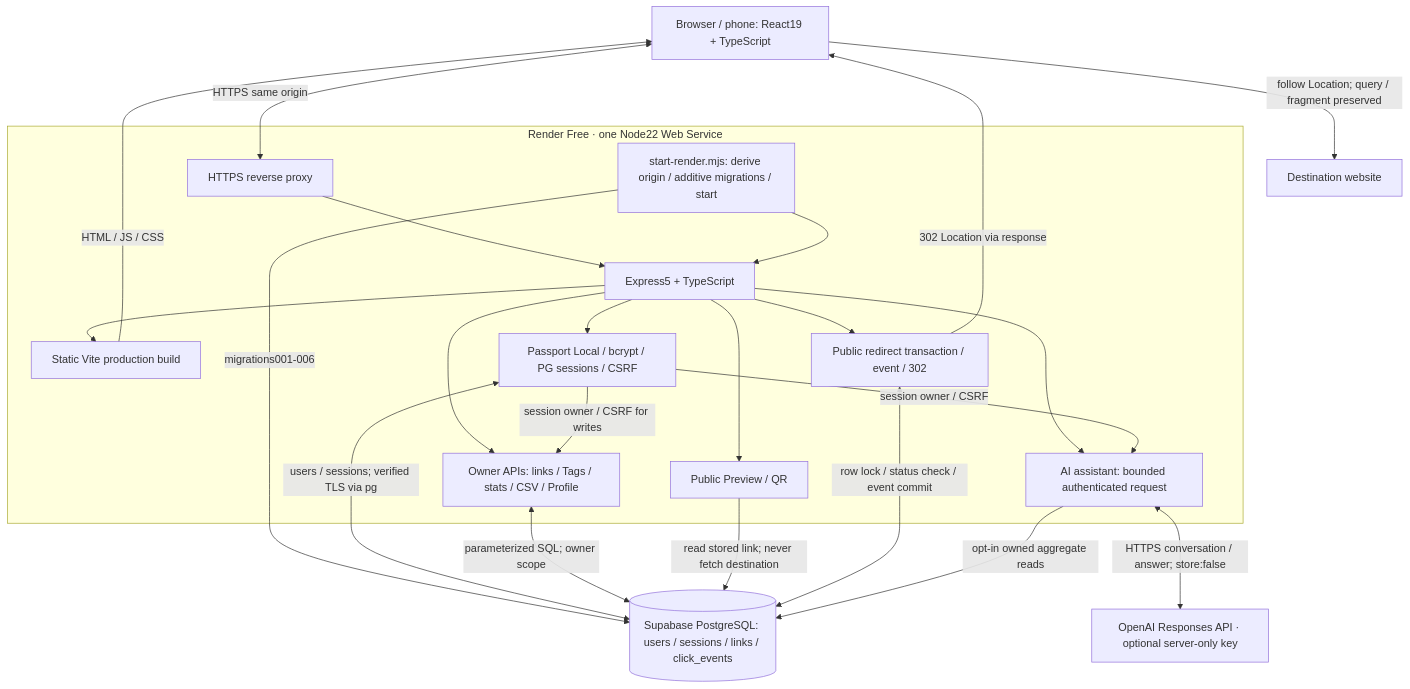
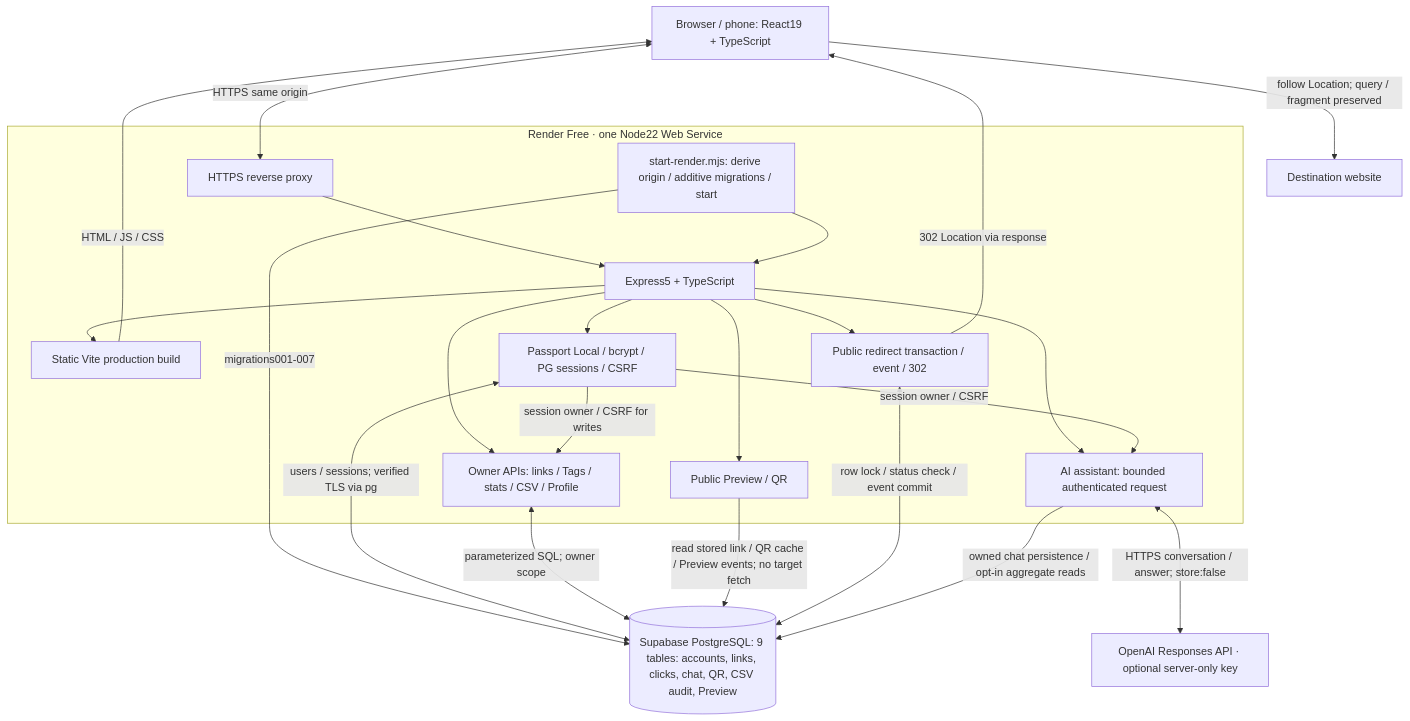
Before and after one commit to nicky-wrc/short-url-system: the fourth of 7 diagrams in docs/DIAGRAMS.md, drawn with Mermaid. The commit also changed other lines of this file and 32 other files, not shown here.

Commit message:
feat: persist chat history and QR, CSV, preview records

````diff
--- a/docs/DIAGRAMS.md
+++ b/docs/DIAGRAMS.md
@@ -166,39 +221,39 @@
 ```mermaid
 flowchart TB
   B["Browser / phone: React19 + TypeScript"]
   subgraph R["Render Free · one Node22 Web Service"]
     H["HTTPS reverse proxy"]
     E["Express5 + TypeScript"]
     S["Static Vite production build"]
     A["Passport Local / bcrypt / PG sessions / CSRF"]
     M["Owner APIs: links / Tags / stats / CSV / Profile"]
     P["Public Preview / QR"]
     X["Public redirect transaction / event / 302"]
     C["AI assistant: bounded authenticated request"]
     START["start-render.mjs: derive origin / additive migrations / start"]
   end
-  D[("Supabase PostgreSQL: users / sessions / links / click_events")]
+  D[("Supabase PostgreSQL: 9 tables: accounts, links, clicks, chat, QR, CSV audit, Preview")]
   AI["OpenAI Responses API · optional server-only key"]
   T["Destination website"]
   B <-->|"HTTPS same origin"| H
   H --> E
   START --> E
-  START -->|"migrations001-006"| D
+  START -->|"migrations001-007"| D
   E --> S
   S -->|"HTML / JS / CSS"| B
   E --> A
   E --> M
   E --> P
   E --> X
   E --> C
   A <-->|"users / sessions; verified TLS via pg"| D
   A -->|"session owner / CSRF for writes"| M
   A -->|"session owner / CSRF"| C
   M <-->|"parameterized SQL; owner scope"| D
-  P -->|"read stored link; never fetch destination"| D
+  P -->|"read stored link / QR cache / Preview events; no target fetch"| D
   X <-->|"row lock / status check / event commit"| D
-  C -->|"opt-in owned aggregate reads"| D
+  C -->|"owned chat persistence / opt-in aggregate reads"| D
   C <-->|"HTTPS conversation / answer; store:false"| AI
   X -->|"302 Location via response"| B
   B -->|"follow Location; query / fragment preserved"| T
 ```
````
